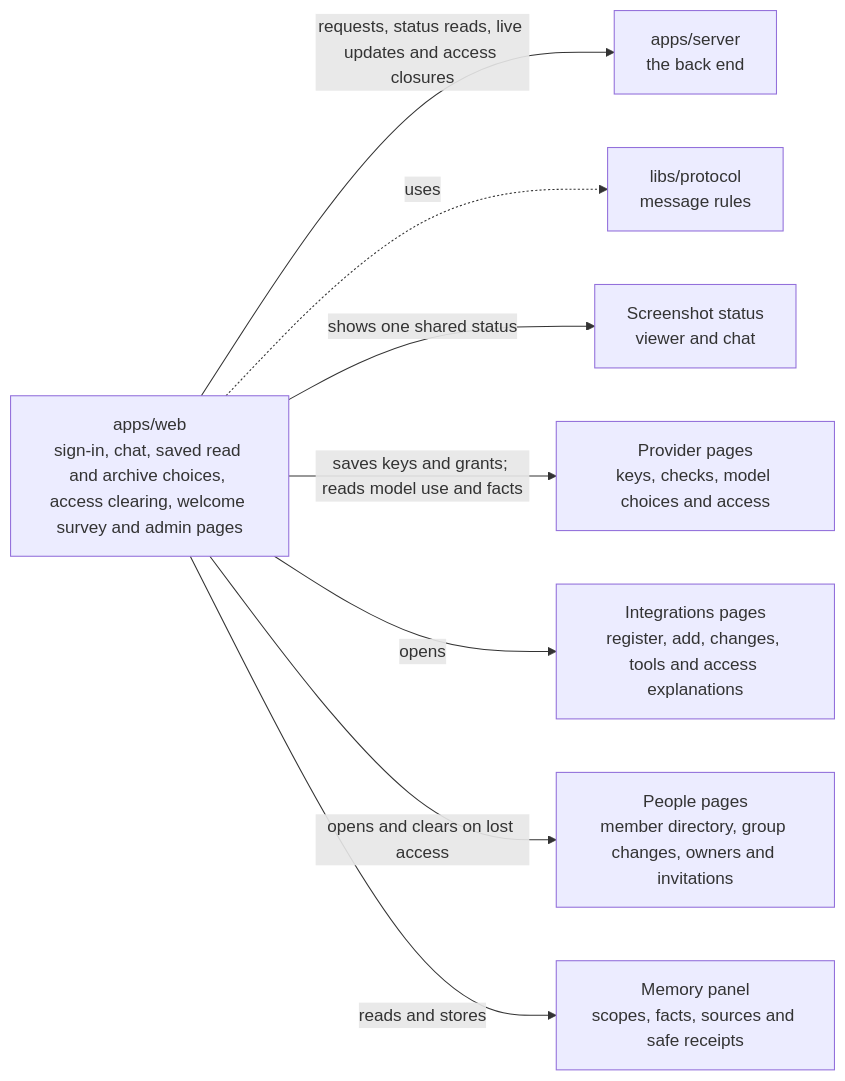
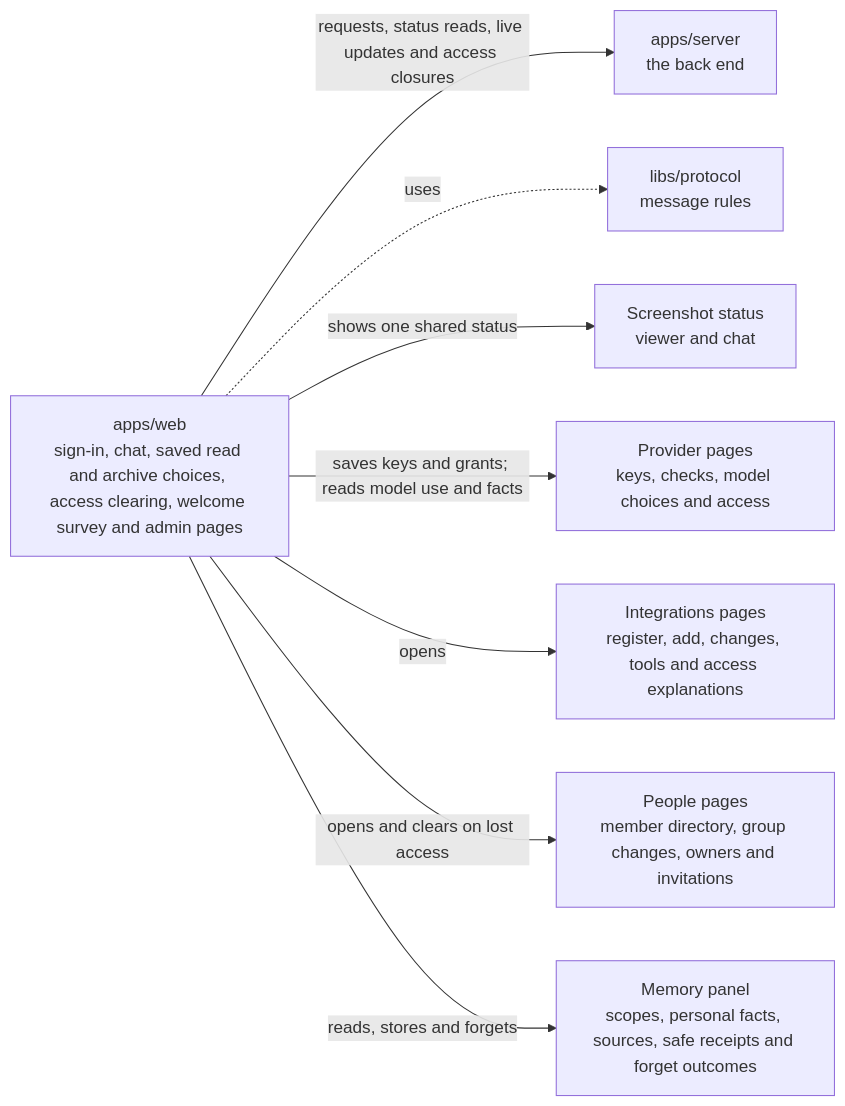
The diagram in apps/web/README.md (elewa-git/opencrane-new), drawn with Mermaid before and after one commit. The commit also changed other lines of this file and 31 other files, not shown here.

First line of the commit message:
🧹 People can forget one of their own memory facts from the Memory panel, with honest outcomes (#450)

````diff
--- a/apps/web/README.md
+++ b/apps/web/README.md
@@ -11,10 +11,10 @@
 ```mermaid
 flowchart LR
   web["apps/web<br/>sign-in, chat, saved read and archive choices, access clearing, welcome survey and admin pages"] -->|requests, status reads, live updates and access closures| server["apps/server<br/>the back end"]
   web -.->|uses| protocol["libs/protocol<br/>message rules"]
   web -->|shows one shared status| capture["Screenshot status<br/>viewer and chat"]
   web -->|saves keys and grants; reads model use and facts| providers["Provider pages<br/>keys, checks, model choices and access"]
   web -->|opens| integrations["Integrations pages<br/>register, add, changes, tools and access explanations"]
   web -->|opens and clears on lost access| people["People pages<br/>member directory, group changes, owners and invitations"]
-  web -->|reads and stores| memory["Memory panel<br/>scopes, facts, sources and safe receipts"]
+  web -->|reads, stores and forgets| memory["Memory panel<br/>scopes, personal facts, sources, safe receipts and forget outcomes"]
 ```
````
